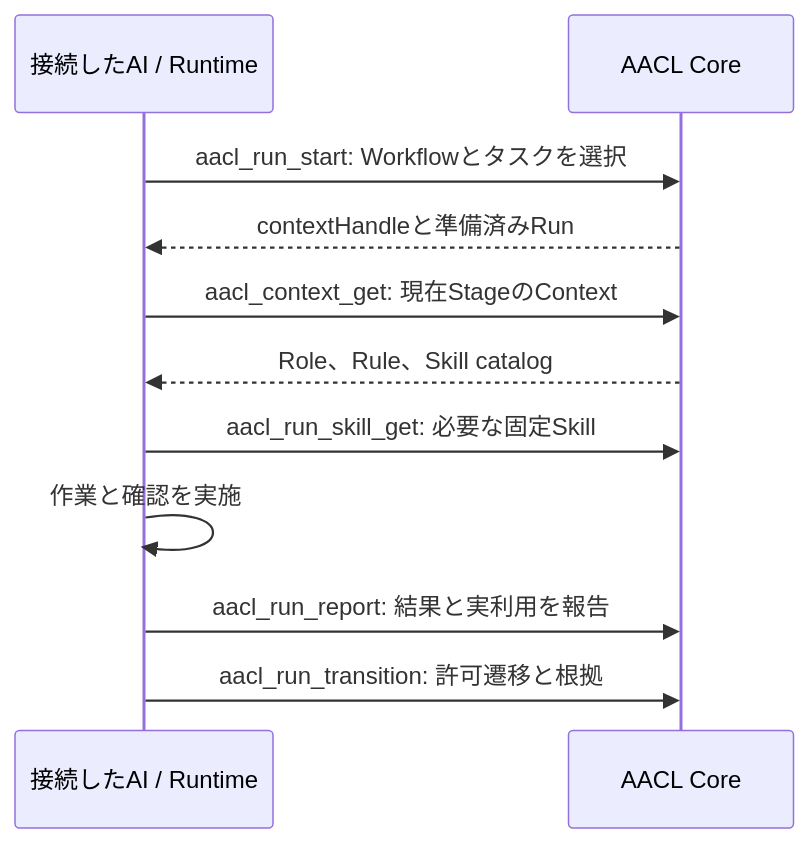
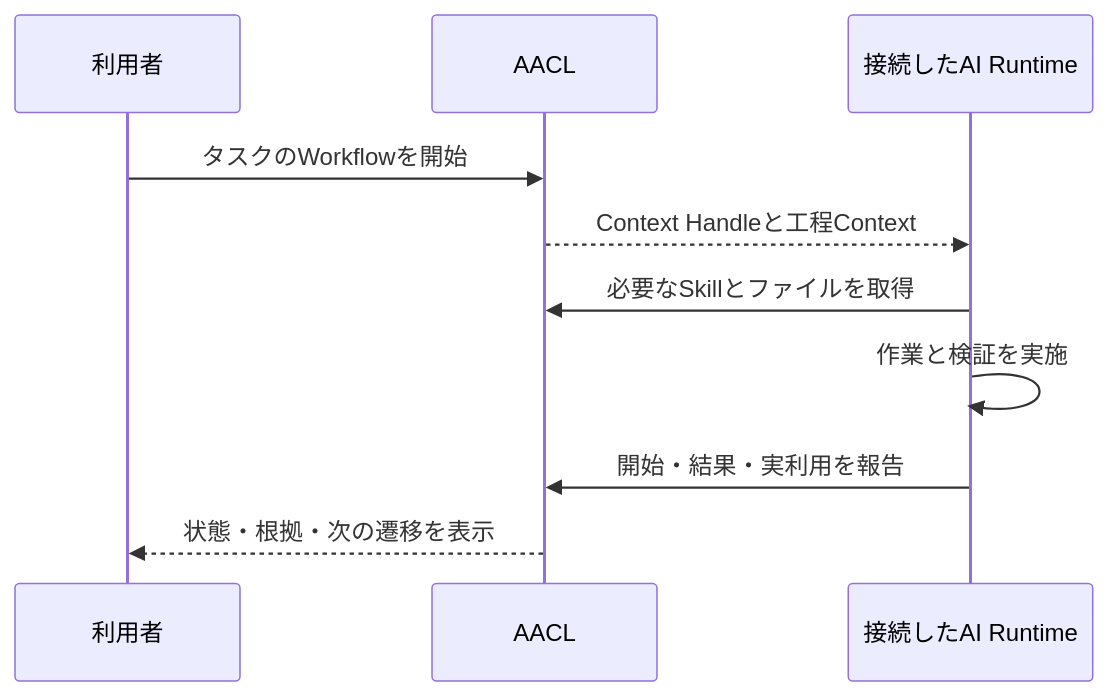
The third of 4 diagrams in README.ja.md (Memoria-ll/agent-asset-control-layer-personal), drawn with Mermaid before and after one commit. The commit also changed other lines of this file and 1 other file, not shown here.

First line of the commit message:
docs: focus README on AACL purpose

````diff
--- a/README.ja.md
+++ b/README.ja.md
@@ -152,13 +64,12 @@
 ```mermaid
 sequenceDiagram
-    participant AI as 接続したAI / Runtime
-    participant Core as AACL Core
-    AI->>Core: aacl_run_start: Workflowとタスクを選択
-    Core-->>AI: contextHandleと準備済みRun
-    AI->>Core: aacl_context_get: 現在StageのContext
-    Core-->>AI: Role、Rule、Skill catalog
-    AI->>Core: aacl_run_skill_get: 必要な固定Skill
-    AI->>AI: 作業と確認を実施
-    AI->>Core: aacl_run_report: 結果と実利用を報告
-    AI->>Core: aacl_run_transition: 許可遷移と根拠
+    participant User as 利用者
+    participant AACL
+    participant Runtime as 接続したAI Runtime
+    User->>AACL: タスクのWorkflowを開始
+    AACL-->>Runtime: Context Handleと工程Context
+    Runtime->>AACL: 必要なSkillとファイルを取得
+    Runtime->>Runtime: 作業と検証を実施
+    Runtime->>AACL: 開始・結果・実利用を報告
+    AACL-->>User: 状態・根拠・次の遷移を表示
 ```
````
